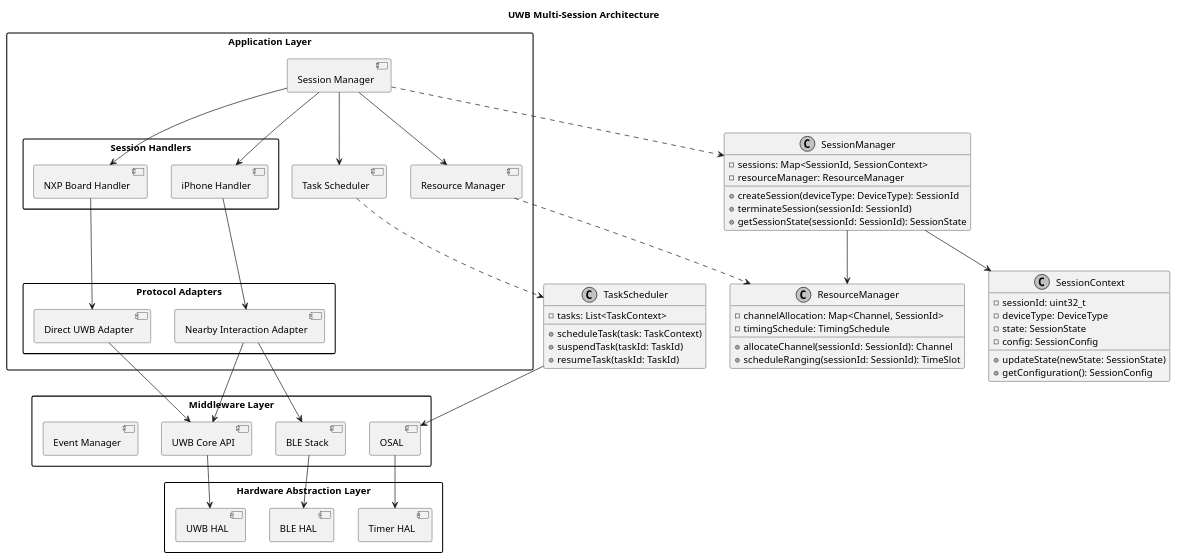
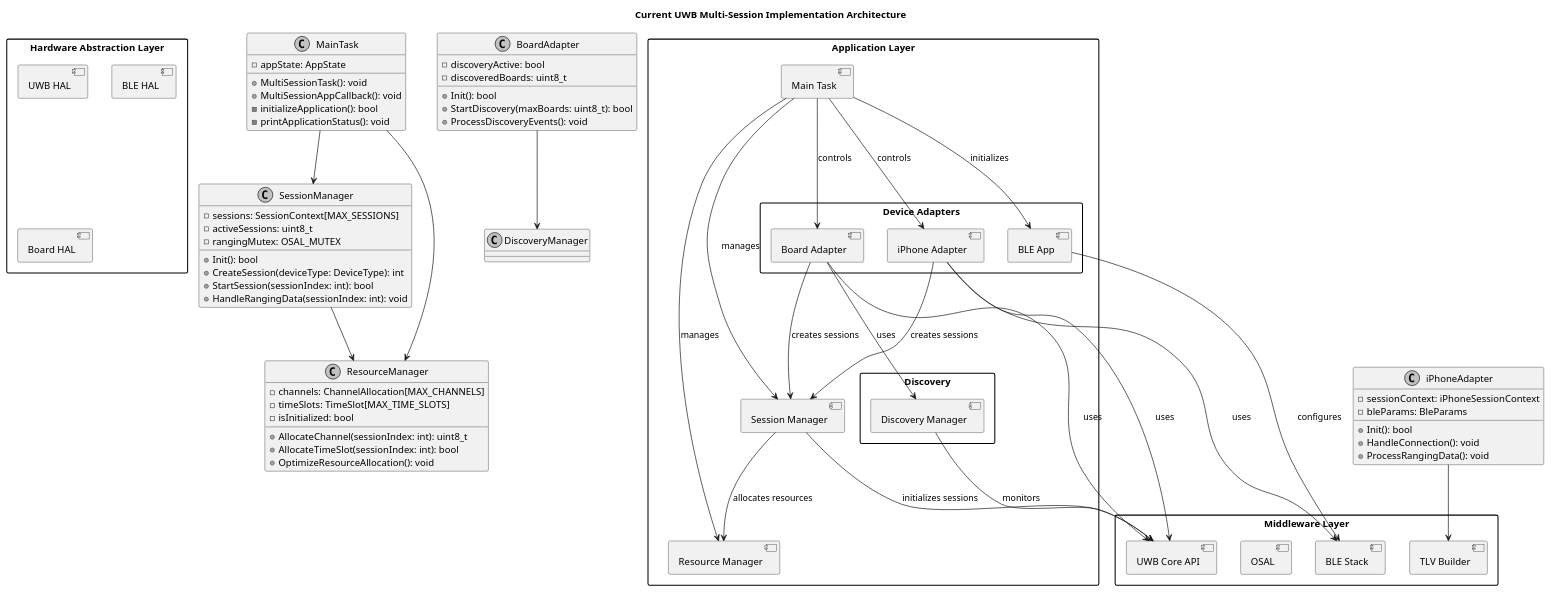
The diagram in docs/uml/architecture.puml (Hong-yiii/location_intelligence_embedded), drawn with PlantUML before and after one commit. The commit also changed 6 other files, not shown here.

```diff
--- a/docs/uml/architecture.puml
+++ b/docs/uml/architecture.puml
@@ -1,99 +1,113 @@
 @startuml
-title UWB Multi-Session Architecture
+title Current UWB Multi-Session Implementation Architecture
 allowmixing
 
 ' Style and theme
 skinparam componentStyle uml2
 skinparam packageStyle rectangle
 skinparam monochrome true
 skinparam shadowing false
 
 ' Components
 package "Application Layer" {
+    component "Main Task" as MT
     component "Session Manager" as SM
-    component "Task Scheduler" as TS
     component "Resource Manager" as RM
     
-    package "Session Handlers" {
-        component "iPhone Handler" as IH
-        component "NXP Board Handler" as NH
+    package "Device Adapters" {
+        component "iPhone Adapter" as IA
+        component "Board Adapter" as BA
+        component "BLE App" as BLEAPP
     }
     
-    package "Protocol Adapters" {
-        component "Nearby Interaction Adapter" as NIA
-        component "Direct UWB Adapter" as DUA
+    package "Discovery" {
+        component "Discovery Manager" as DM
     }
 }
 
 package "Middleware Layer" {
     component "UWB Core API" as UWBAPI
     component "BLE Stack" as BLE
     component "OSAL" as OSAL
-    component "Event Manager" as EM
+    component "TLV Builder" as TLV
 }
 
 package "Hardware Abstraction Layer" {
     component "UWB HAL" as UWBHAL
     component "BLE HAL" as BLEHAL
-    component "Timer HAL" as TIMER
+    component "Board HAL" as BOARDHAL
 }
 
 ' Class definitions
-class SessionManager {
-    -sessions: Map<SessionId, SessionContext>
-    -resourceManager: ResourceManager
-    +createSession(deviceType: DeviceType): SessionId
-    +terminateSession(sessionId: SessionId)
-    +getSessionState(sessionId: SessionId): SessionState
+class MainTask {
+    -appState: AppState
+    +MultiSessionTask(): void
+    +MultiSessionAppCallback(): void
+    -initializeApplication(): bool
+    -printApplicationStatus(): void
 }
 
-class SessionContext {
-    -sessionId: uint32_t
-    -deviceType: DeviceType
-    -state: SessionState
-    -config: SessionConfig
-    +updateState(newState: SessionState)
-    +getConfiguration(): SessionConfig
+class SessionManager {
+    -sessions: SessionContext[MAX_SESSIONS]
+    -activeSessions: uint8_t
+    -rangingMutex: OSAL_MUTEX
+    +Init(): bool
+    +CreateSession(deviceType: DeviceType): int
+    +StartSession(sessionIndex: int): bool
+    +HandleRangingData(sessionIndex: int): void
 }
 
 class ResourceManager {
-    -channelAllocation: Map<Channel, SessionId>
-    -timingSchedule: TimingSchedule
-    +allocateChannel(sessionId: SessionId): Channel
-    +scheduleRanging(sessionId: SessionId): TimeSlot
+    -channels: ChannelAllocation[MAX_CHANNELS]
+    -timeSlots: TimeSlot[MAX_TIME_SLOTS]
+    -isInitialized: bool
+    +AllocateChannel(sessionIndex: int): uint8_t
+    +AllocateTimeSlot(sessionIndex: int): bool
+    +OptimizeResourceAllocation(): void
 }
 
-class TaskScheduler {
-    -tasks: List<TaskContext>
-    +scheduleTask(task: TaskContext)
-    +suspendTask(taskId: TaskId)
-    +resumeTask(taskId: TaskId)
+class BoardAdapter {
+    -discoveryActive: bool
+    -discoveredBoards: uint8_t
+    +Init(): bool
+    +StartDiscovery(maxBoards: uint8_t): bool
+    +ProcessDiscoveryEvents(): void
+}
+
+class iPhoneAdapter {
+    -sessionContext: iPhoneSessionContext
+    -bleParams: BleParams
+    +Init(): bool
+    +HandleConnection(): void
+    +ProcessRangingData(): void
 }
 
 ' Relationships
-SM ..> SessionManager
-RM ..> ResourceManager
-TS ..> TaskScheduler
+MT --> SM : manages
+MT --> RM : manages
+MT --> BA : controls
+MT --> IA : controls
+MT --> BLEAPP : initializes
 
-IH --> NIA
-NH --> DUA
+SM --> RM : allocates resources
+SM --> UWBAPI : initializes sessions
 
-SM --> IH
-SM --> NH
-SM --> RM
-SM --> TS
+BA --> DM : uses
+BA --> SM : creates sessions
+IA --> SM : creates sessions
 
-NIA --> UWBAPI
-DUA --> UWBAPI
-NIA --> BLE
+BLEAPP --> BLE : configures
+IA --> BLE : uses
+BA --> UWBAPI : uses
+IA --> UWBAPI : uses
 
-UWBAPI --> UWBHAL
-BLE --> BLEHAL
-OSAL --> TIMER
+DM --> UWBAPI : monitors
 
 ' Dependencies
-SessionManager --> SessionContext
+MainTask --> SessionManager
+MainTask --> ResourceManager
 SessionManager --> ResourceManager
-TaskScheduler --> OSAL
+BoardAdapter --> DiscoveryManager
+iPhoneAdapter --> TLV
 
 @enduml
```
